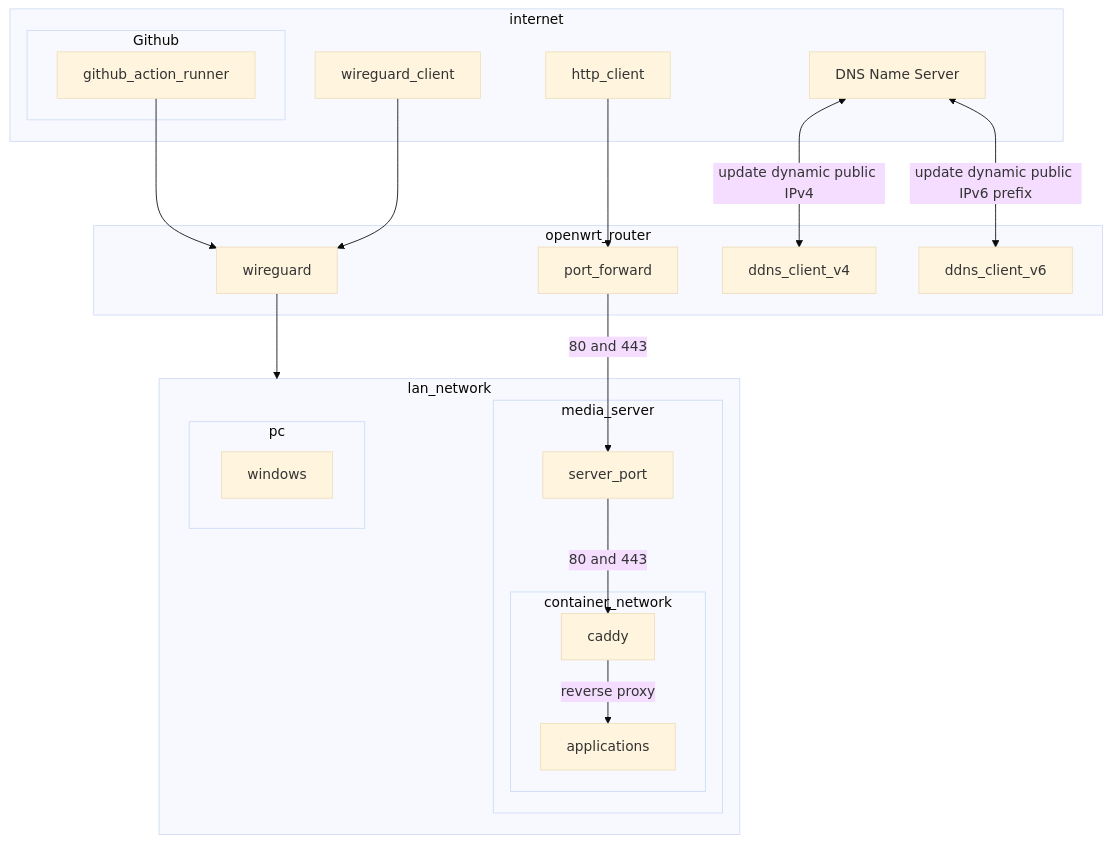
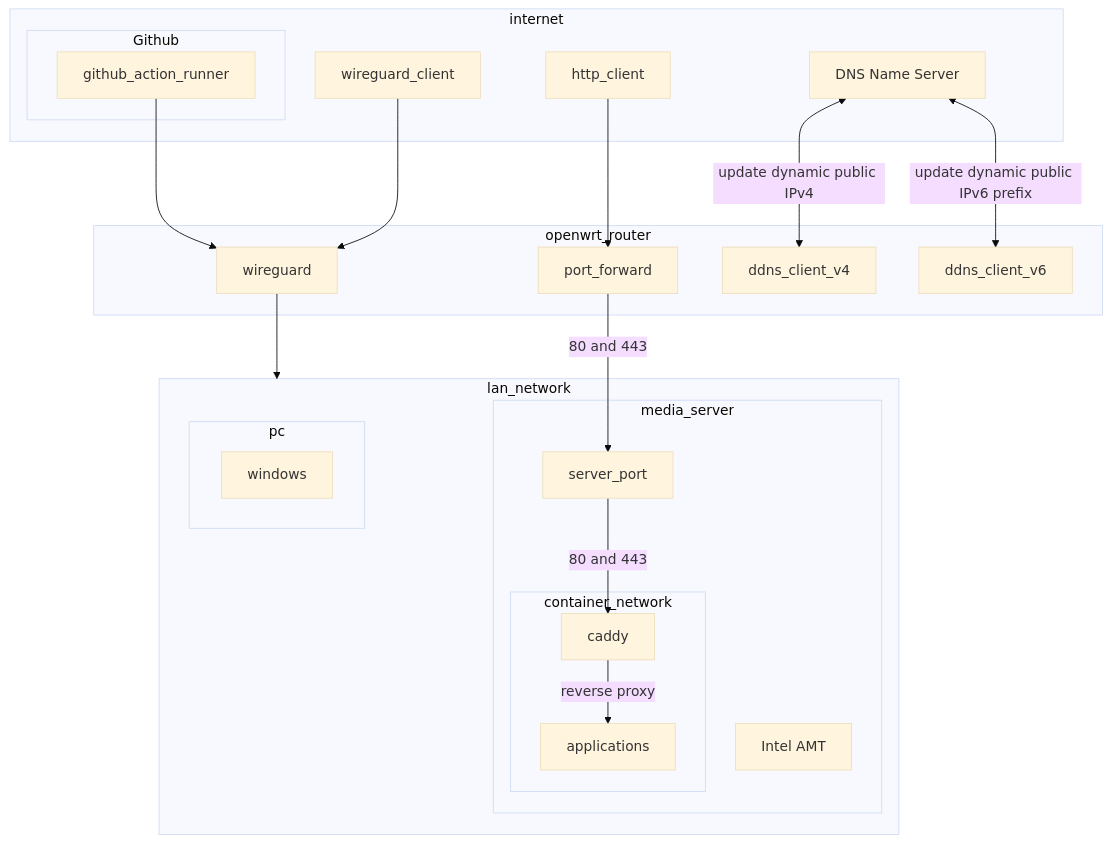
The first of 2 diagrams in README.md (zephyros-dev/media-server), drawn with Mermaid (base theme) before and after one commit. The commit also changed other lines of this file, not shown here.

Commit message:
docs: Intel AMT

````diff
--- a/README.md
+++ b/README.md
@@ -11,31 +11,32 @@
 ```mermaid
 flowchart TB
   subgraph internet
     http_client
     wireguard_client
     subgraph github[Github]
       github_action_runner
     end
     dns_name_server[DNS Name Server]
   end
   subgraph lan_network
     subgraph media_server
+      intel_amt[Intel AMT]
       subgraph container_network
         caddy -- reverse proxy --> applications
       end
       server_port -- 80 and 443 --> caddy
     end
     subgraph pc
       windows
     end
   end
   subgraph openwrt_router
     http_client --> port_forward
     github_action_runner --> wireguard
     wireguard_client --> wireguard
     port_forward -- 80 and 443 --> server_port
     dns_name_server <-- update dynamic public IPv4 -->  ddns_client_v4
     dns_name_server <-- update dynamic public IPv6 prefix -->  ddns_client_v6
   end
   wireguard --> lan_network
 ```
````
